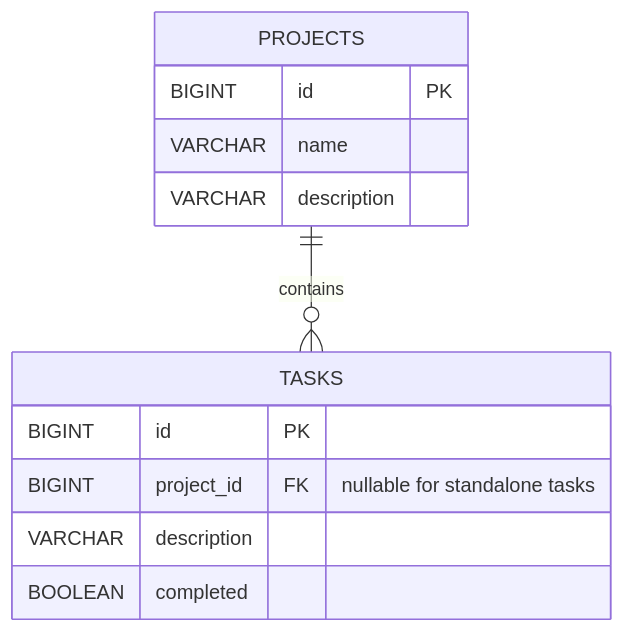
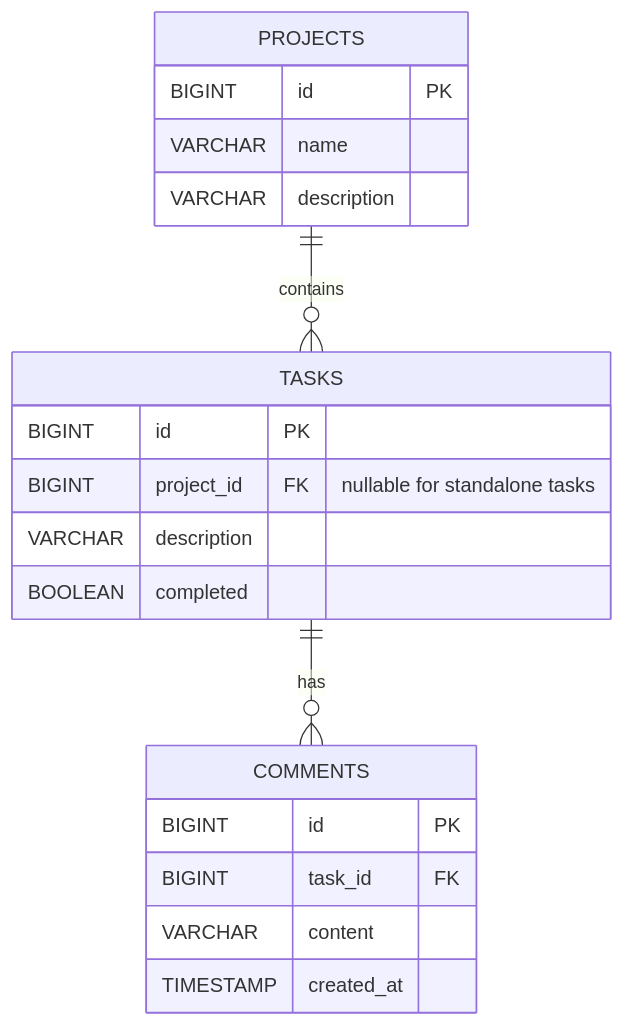
The diagram in docs/er-diagram.md (8888NPC/git_learning), drawn with Mermaid before and after one commit. The commit also changed other lines of this file and 28 other files, not shown here.

````diff
--- a/docs/er-diagram.md
+++ b/docs/er-diagram.md
@@ -3,15 +3,22 @@
 ```mermaid
 erDiagram
     PROJECTS ||--o{ TASKS : contains
+    TASKS ||--o{ COMMENTS : has
     PROJECTS {
         BIGINT id PK
         VARCHAR name
         VARCHAR description
     }
     TASKS {
         BIGINT id PK
         BIGINT project_id FK "nullable for standalone tasks"
         VARCHAR description
         BOOLEAN completed
     }
+    COMMENTS {
+        BIGINT id PK
+        BIGINT task_id FK
+        VARCHAR content
+        TIMESTAMP created_at
+    }
 ```
````
